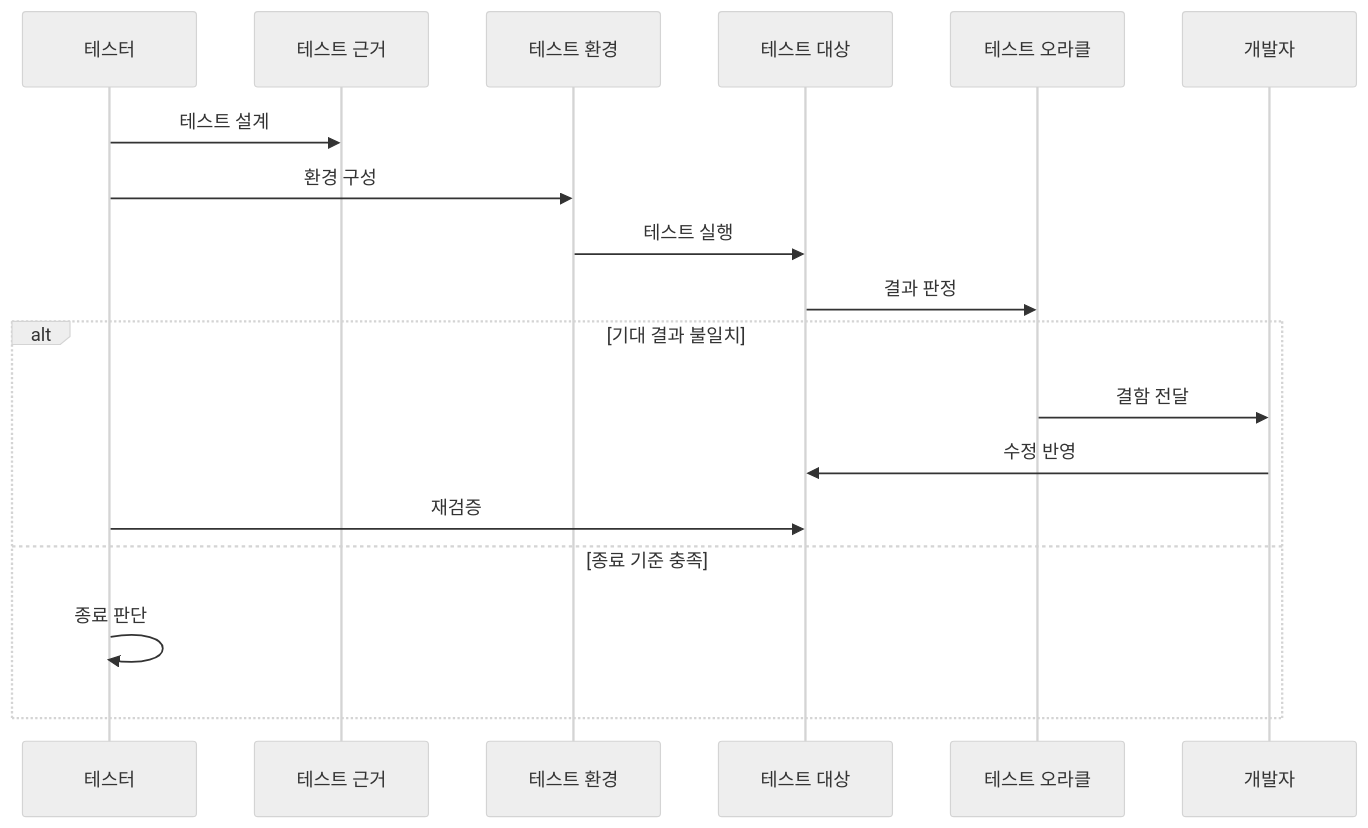
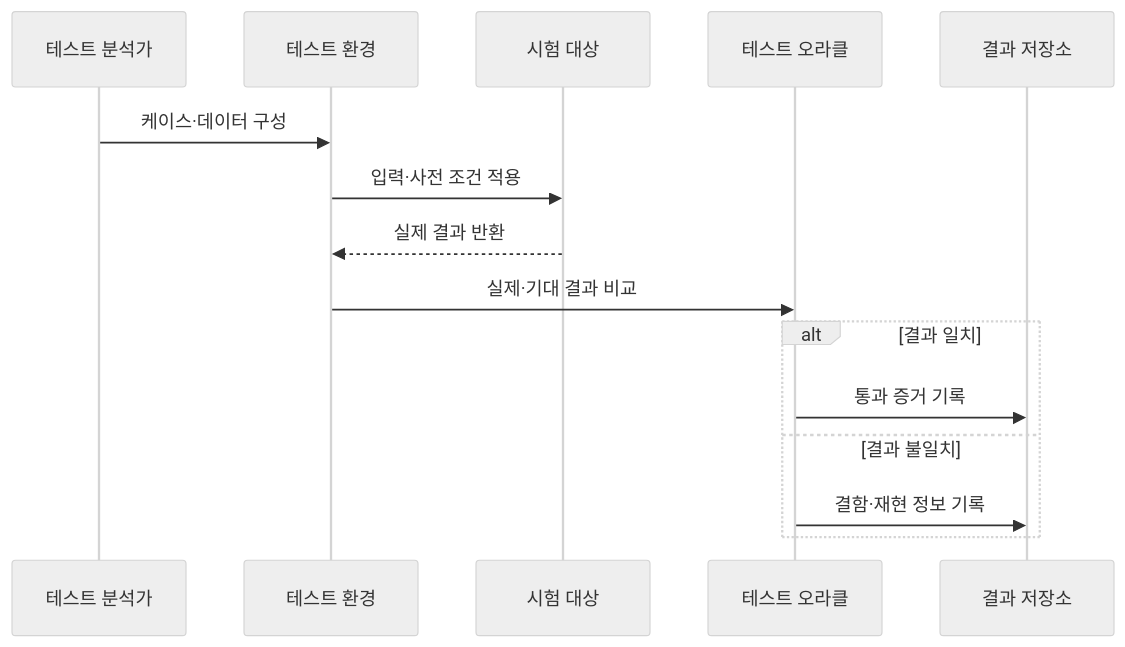
One commit to agnusdei1207/knowledge-base changed the second of 2 diagrams in src/content/docs/notes/03-software/058_software_testing.md. Above: the diagram before and after it, drawn with Mermaid (neutral theme). The commit also changed other lines of this file and 7 other files, not shown here.

````diff
--- a/src/content/docs/notes/03-software/058_software_testing.md
+++ b/src/content/docs/notes/03-software/058_software_testing.md
@@ -93,20 +80,17 @@
 ```mermaid
 sequenceDiagram
-    participant T as 테스터
-    participant B as 테스트 근거
+    participant A as 테스트 분석가
     participant E as 테스트 환경
-    participant S as 테스트 대상
+    participant S as 시험 대상
     participant O as 테스트 오라클
-    participant D as 개발자
-    T->>B: 테스트 설계
-    T->>E: 환경 구성
-    E->>S: 테스트 실행
-    S->>O: 결과 판정
-    alt 기대 결과 불일치
-        O->>D: 결함 전달
-        D->>S: 수정 반영
-        T->>S: 재검증
-    else 종료 기준 충족
-        T->>T: 종료 판단
+    participant R as 결과 저장소
+    A->>E: 케이스·데이터 구성
+    E->>S: 입력·사전 조건 적용
+    S-->>E: 실제 결과 반환
+    E->>O: 실제·기대 결과 비교
+    alt 결과 일치
+        O->>R: 통과 증거 기록
+    else 결과 불일치
+        O->>R: 결함·재현 정보 기록
     end
 ```
````
